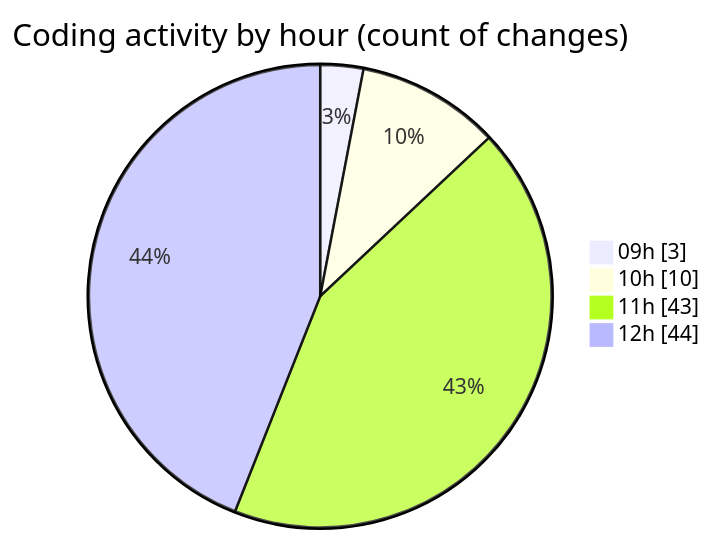
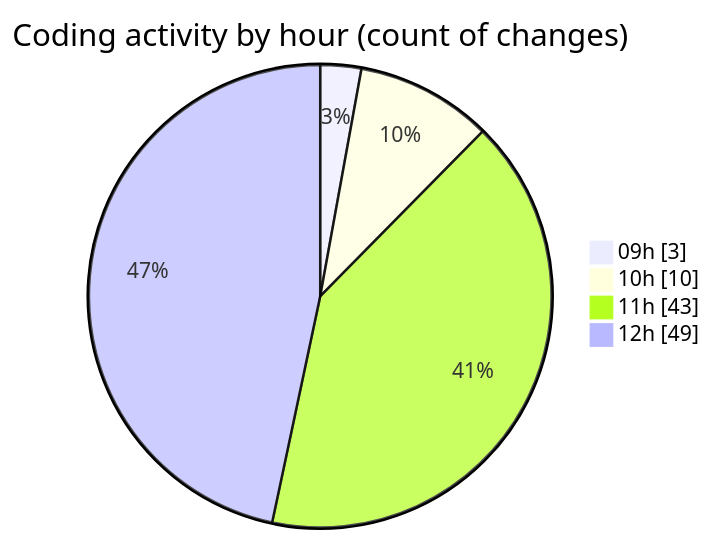
The second of 2 diagrams in 2026-01-22/cda/README.md (momahboobian/code-tracking), drawn with Mermaid before and after one commit. The commit also changed other lines of this file and 1 other file, not shown here.

````diff
--- a/2026-01-22/cda/README.md
+++ b/2026-01-22/cda/README.md
@@ -59,8 +59,8 @@
 ```mermaid
 pie showData
 title Coding activity by hour (count of changes)
 "09h" : 3
 "10h" : 10
 "11h" : 43
-"12h" : 44
+"12h" : 49
 ```
````
